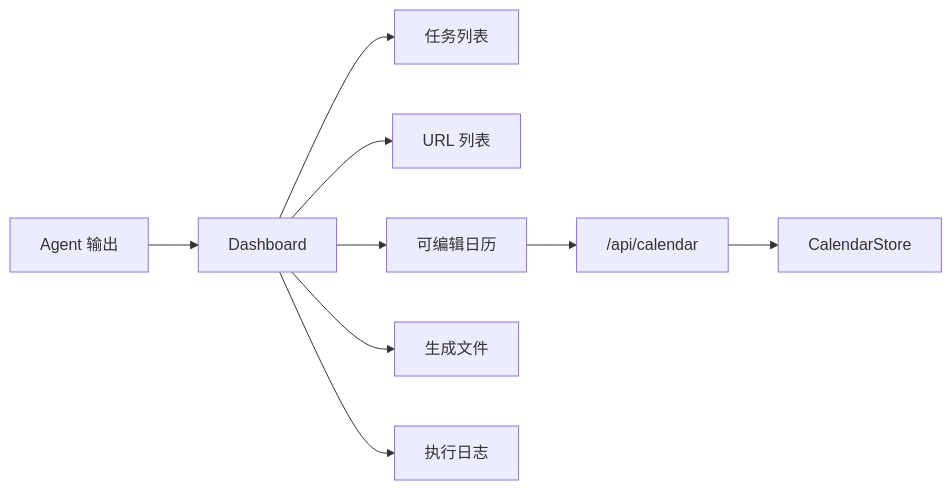
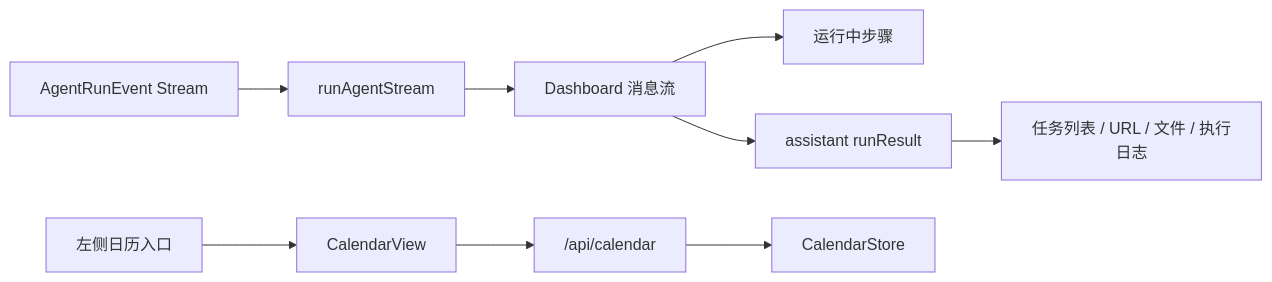
One commit to YinL04/Daily-tasks-Agent-assistant changed diagram 16 of 17 in docs/AGENT_ENGINEERING.md. Above: the diagram before and after it, drawn with Mermaid. The commit also changed other lines of this file and 26 other files, not shown here.

````diff
--- a/docs/AGENT_ENGINEERING.md
+++ b/docs/AGENT_ENGINEERING.md
@@ -718,11 +826,11 @@
 ```mermaid
 flowchart LR
-  A["Agent 输出"] --> B["Dashboard"]
-  B --> C["任务列表"]
-  B --> D["URL 列表"]
-  B --> E["可编辑日历"]
-  B --> F["生成文件"]
-  B --> G["执行日志"]
-  E --> H["/api/calendar"]
-  H --> I["CalendarStore"]
+  A["AgentRunEvent Stream"] --> B["runAgentStream"]
+  B --> C["Dashboard 消息流"]
+  C --> D["运行中步骤"]
+  C --> E["assistant runResult"]
+  E --> F["任务列表 / URL / 文件 / 执行日志"]
+  G["左侧日历入口"] --> H["CalendarView"]
+  H --> I["/api/calendar"]
+  I --> J["CalendarStore"]
 ```
````
